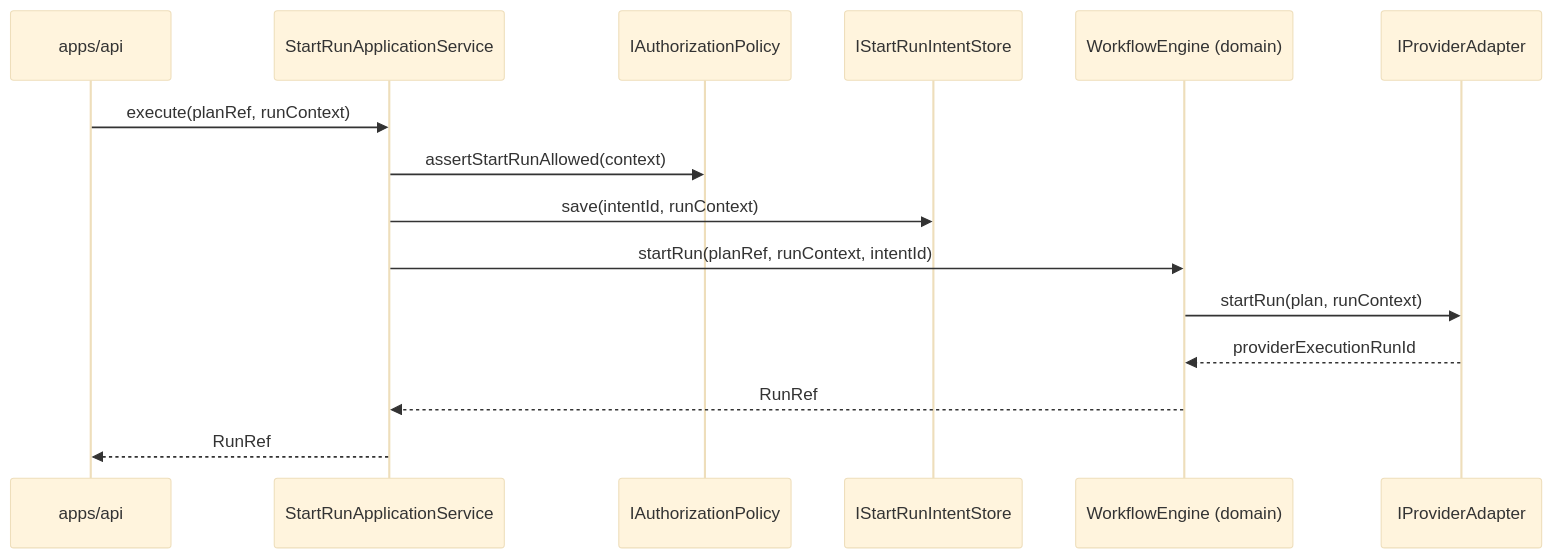
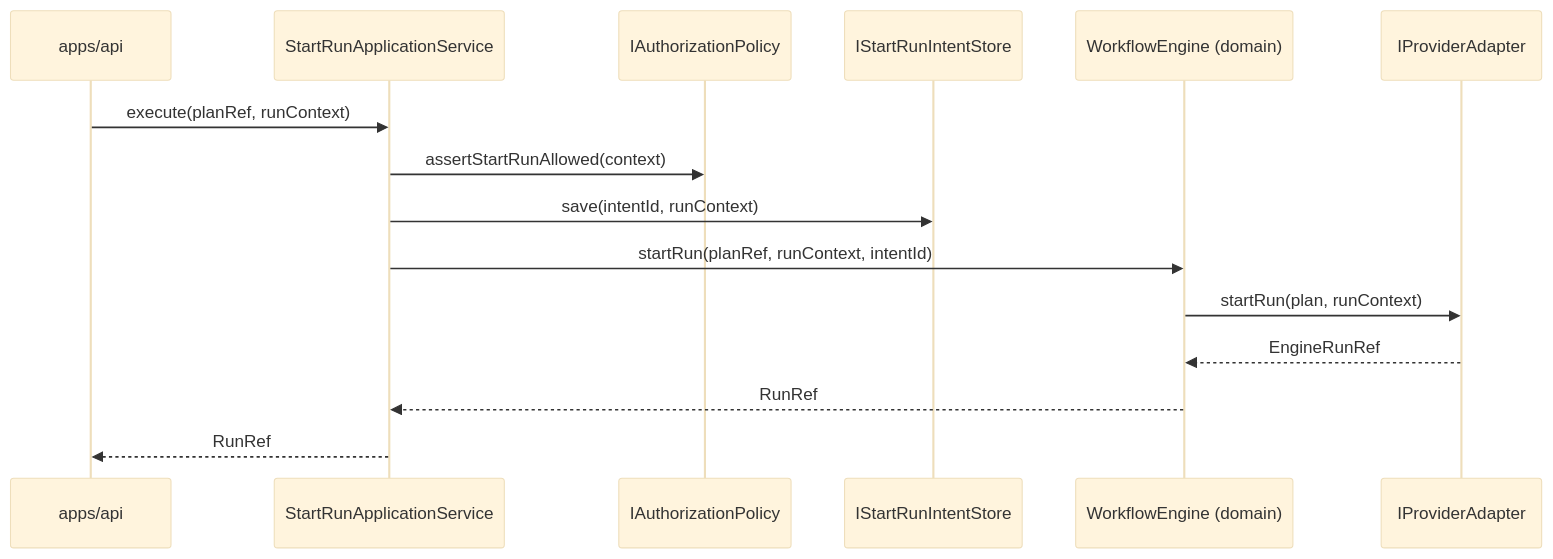
Before and after one commit to dunay2/dvt: the diagram in docs/adr/ADR-0039-hexagonal-port-hardening-and-solid-remediation.md, drawn with Mermaid (base theme). The commit also changed other lines of this file and 69 other files, not shown here.

Commit message:
refactor(engine): Harden provider-ref reconciliation seam

````diff
--- a/docs/adr/ADR-0039-hexagonal-port-hardening-and-solid-remediation.md
+++ b/docs/adr/ADR-0039-hexagonal-port-hardening-and-solid-remediation.md
@@ -109,18 +109,18 @@
 ```mermaid
 sequenceDiagram
     participant API as apps/api
     participant SRAS as StartRunApplicationService
     participant Policy as IAuthorizationPolicy
     participant Intent as IStartRunIntentStore
     participant Engine as WorkflowEngine (domain)
     participant Provider as IProviderAdapter
 
     API->>SRAS: execute(planRef, runContext)
     SRAS->>Policy: assertStartRunAllowed(context)
     SRAS->>Intent: save(intentId, runContext)
     SRAS->>Engine: startRun(planRef, runContext, intentId)
     Engine->>Provider: startRun(plan, runContext)
-    Provider-->>Engine: providerExecutionRunId
+    Provider-->>Engine: EngineRunRef
     Engine-->>SRAS: RunRef
     SRAS-->>API: RunRef
 ```
````
